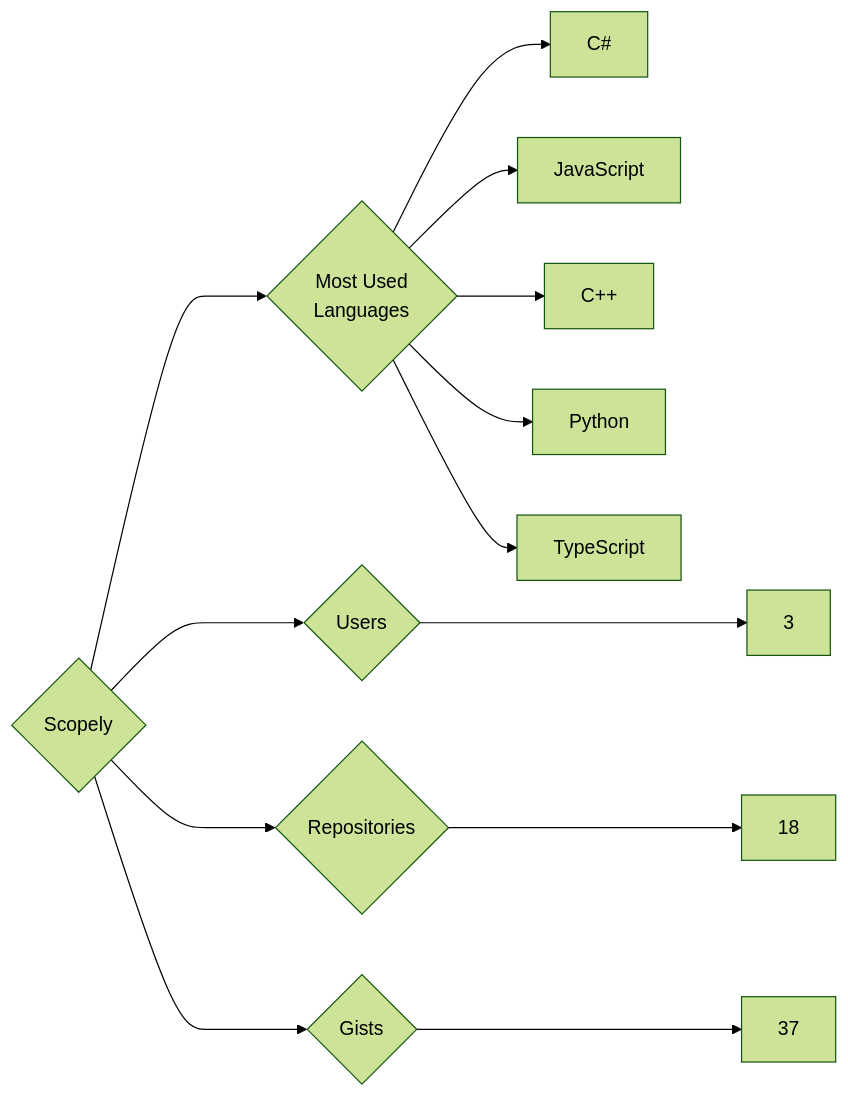
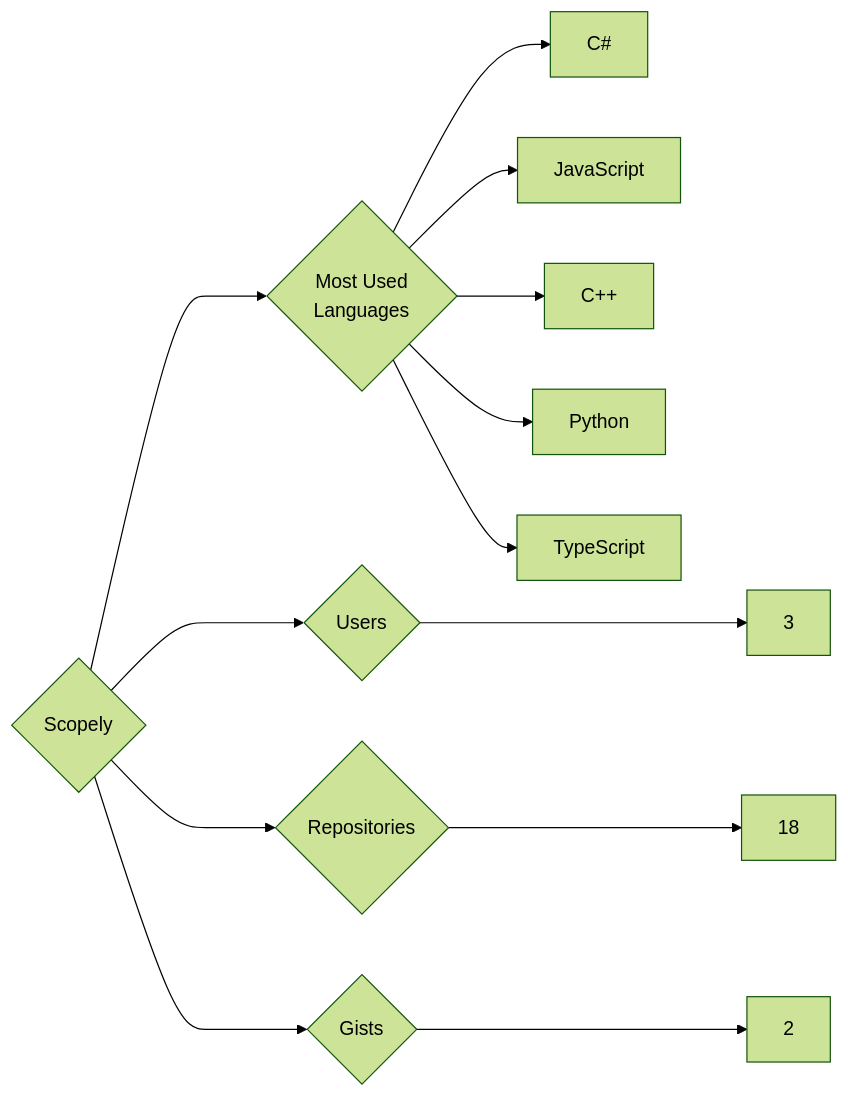
One commit to trickest/insiders changed the diagram in targets/Scopely/README.md. Above: the diagram before and after it, drawn with Mermaid (forest theme). The commit also changed 765 other files, not shown here.

````diff
--- a/targets/Scopely/README.md
+++ b/targets/Scopely/README.md
@@ -3,13 +3,13 @@
 ```mermaid
 graph LR
 COMPANY_NAME{Scopely}
 COMPANY_NAME ---> U{Users} ---> UN[3]
 COMPANY_NAME ---> R{Repositories} ---> RN[18]
-COMPANY_NAME ---> G{Gists} ---> GN[37]
+COMPANY_NAME ---> G{Gists} ---> GN[2]
 COMPANY_NAME ---> ML{Most Used<br>Languages}
 ML --> C#[C#]
 ML --> JavaScript[JavaScript]
 ML --> C++[C++]
 ML --> Python[Python]
 ML --> TypeScript[TypeScript]
 ```
````
